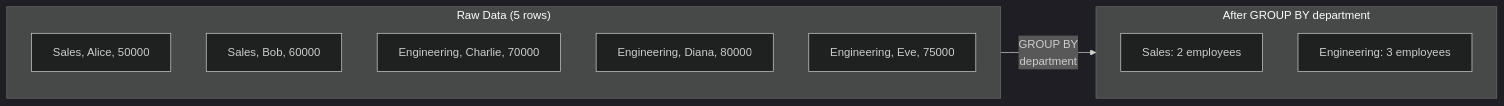
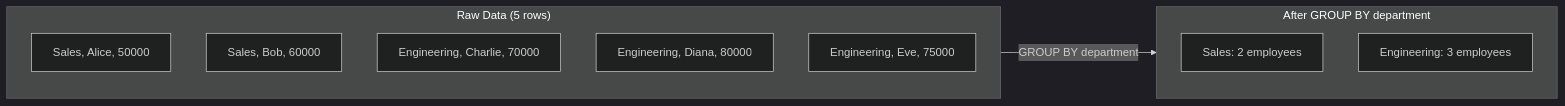
The seventh of 16 diagrams in SQL/readmeClV1.md (pentoshi007/prep), drawn with Mermaid (dark theme) before and after one commit. The commit also changed other lines of this file and 1 other file, not shown here.

````diff
--- a/SQL/readmeClV1.md
+++ b/SQL/readmeClV1.md
@@ -795,17 +795,17 @@
 ```mermaid
 flowchart LR
     subgraph Before["Raw Data (5 rows)"]
         R1["Sales, Alice, 50000"]
         R2["Sales, Bob, 60000"]
         R3["Engineering, Charlie, 70000"]
         R4["Engineering, Diana, 80000"]
         R5["Engineering, Eve, 75000"]
     end
 
     subgraph After["After GROUP BY department"]
         G1["Sales: 2 employees"]
         G2["Engineering: 3 employees"]
     end
 
-    Before --> |"GROUP BY\ndepartment"| After
+    Before --> |"GROUP BY department"| After
 ```
````
